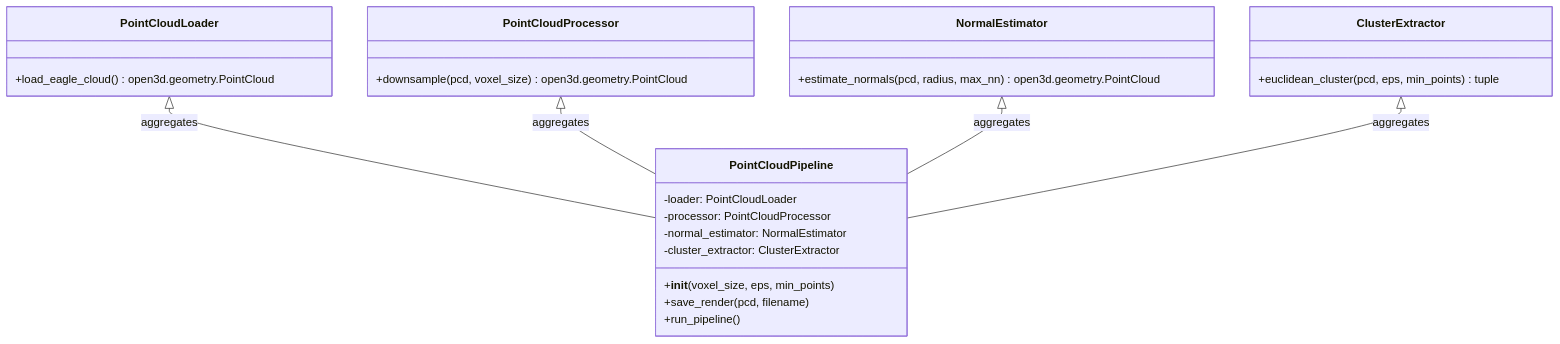
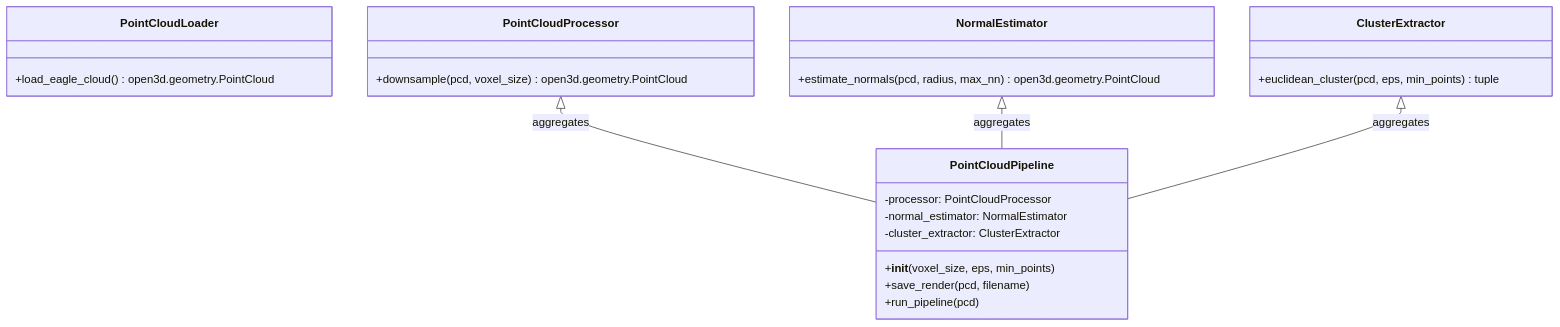
The first of 3 diagrams in docs/pcp_pipeline.md (DaikiMaekawa2/augmentus_assignment), drawn with Mermaid before and after one commit. The commit also changed other lines of this file, not shown here.

Commit message:
update architecture doc to reflect the entry point

````diff
--- a/docs/pcp_pipeline.md
+++ b/docs/pcp_pipeline.md
@@ -9,35 +9,33 @@
 ```mermaid
 classDiagram
     direction TB
     
     class PointCloudLoader {
         +load_eagle_cloud() open3d.geometry.PointCloud
     }
 
     class PointCloudProcessor {
         +downsample(pcd, voxel_size) open3d.geometry.PointCloud
     }
 
     class NormalEstimator {
         +estimate_normals(pcd, radius, max_nn) open3d.geometry.PointCloud
     }
     
     class ClusterExtractor {
         +euclidean_cluster(pcd, eps, min_points) tuple
     }
 
     class PointCloudPipeline {
-        -loader: PointCloudLoader
         -processor: PointCloudProcessor
         -normal_estimator: NormalEstimator
         -cluster_extractor: ClusterExtractor
         +__init__(voxel_size, eps, min_points)
         +save_render(pcd, filename)
-        +run_pipeline()
+        +run_pipeline(pcd)
     }
 
-    PointCloudLoader <|-- PointCloudPipeline : aggregates
     PointCloudProcessor <|-- PointCloudPipeline : aggregates
     NormalEstimator <|-- PointCloudPipeline : aggregates
     ClusterExtractor <|-- PointCloudPipeline : aggregates
 ```
````
